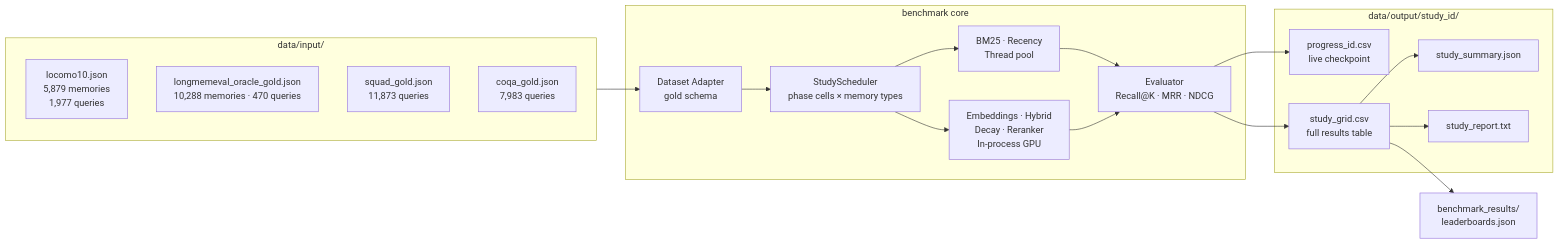
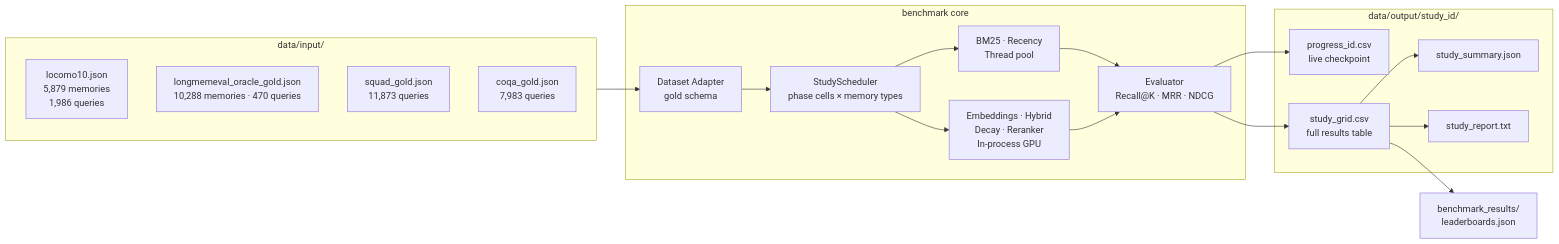
Before and after one commit to karangehlod/memtuner: the fifth of 6 diagrams in README.md, drawn with Mermaid. The commit also changed other lines of this file and 38 other files, not shown here.

````diff
--- a/README.md
+++ b/README.md
@@ -926,35 +981,35 @@
 ```mermaid
 flowchart LR
     subgraph IN["data/input/"]
-        LCM["locomo10.json\n5,879 memories\n1,977 queries"]
+        LCM["locomo10.json\n5,879 memories\n1,986 queries"]
         LME["longmemeval_oracle_gold.json\n10,288 memories · 470 queries"]
         SQ["squad_gold.json\n11,873 queries"]
         CQ["coqa_gold.json\n7,983 queries"]
     end
 
     subgraph PROC["benchmark core"]
         ADC["Dataset Adapter\ngold schema"]
         SCH["StudyScheduler\nphase cells × memory types"]
         CPU2["BM25 · Recency\nThread pool"]
         GPU["Embeddings · Hybrid\nDecay · Reranker\nIn-process GPU"]
         METRIC["Evaluator\nRecall@K · MRR · NDCG"]
     end
 
     subgraph OUT["data/output/study_id/"]
         PROG["progress_id.csv\nlive checkpoint"]
         GRID["study_grid.csv\nfull results table"]
         SUM["study_summary.json"]
         REP["study_report.txt"]
     end
 
     LB["benchmark_results/\nleaderboards.json"]
 
     IN --> ADC --> SCH
     SCH --> CPU2 --> METRIC
     SCH --> GPU --> METRIC
     METRIC --> PROG
     METRIC --> GRID
     GRID --> SUM
     GRID --> REP
     GRID --> LB
 ```
````
